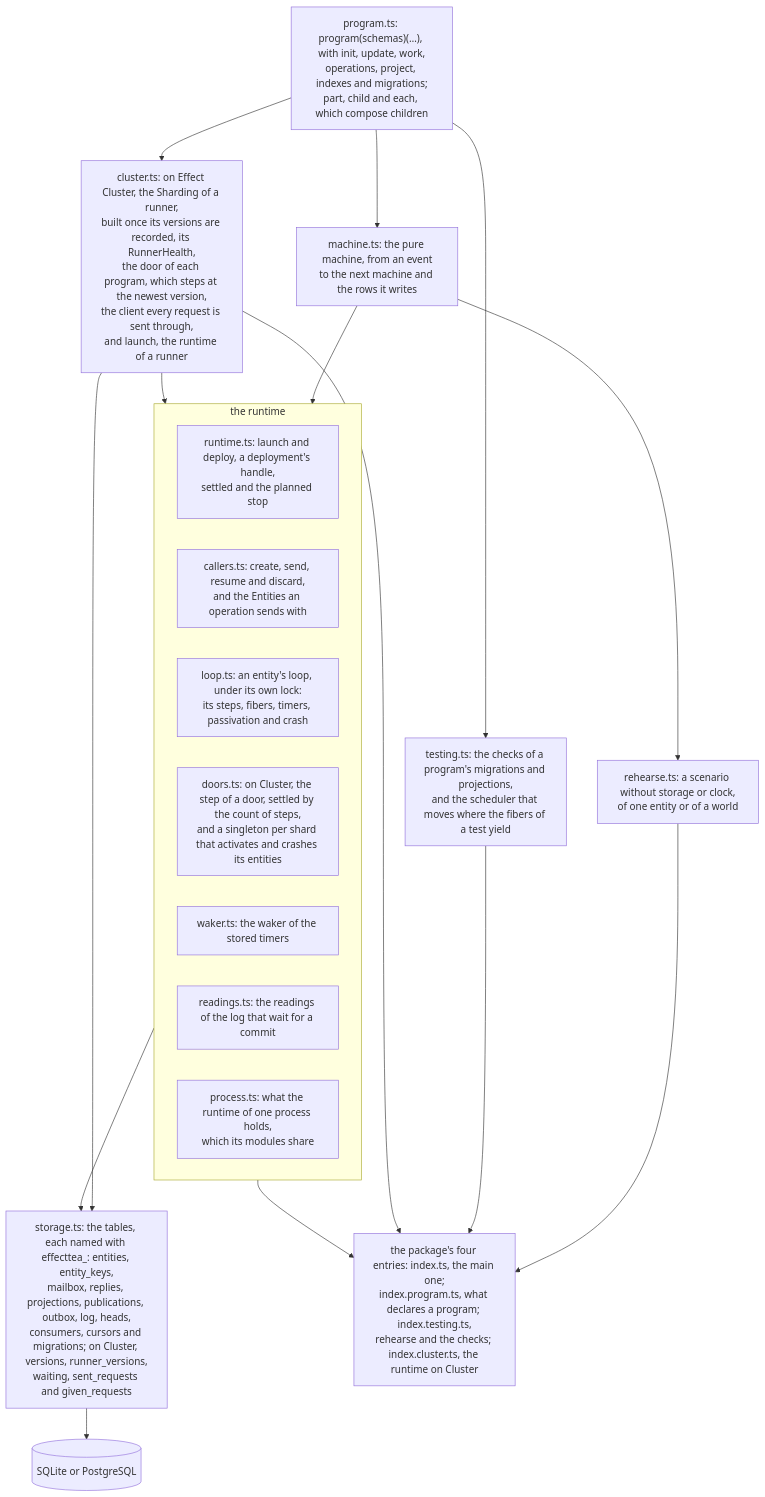
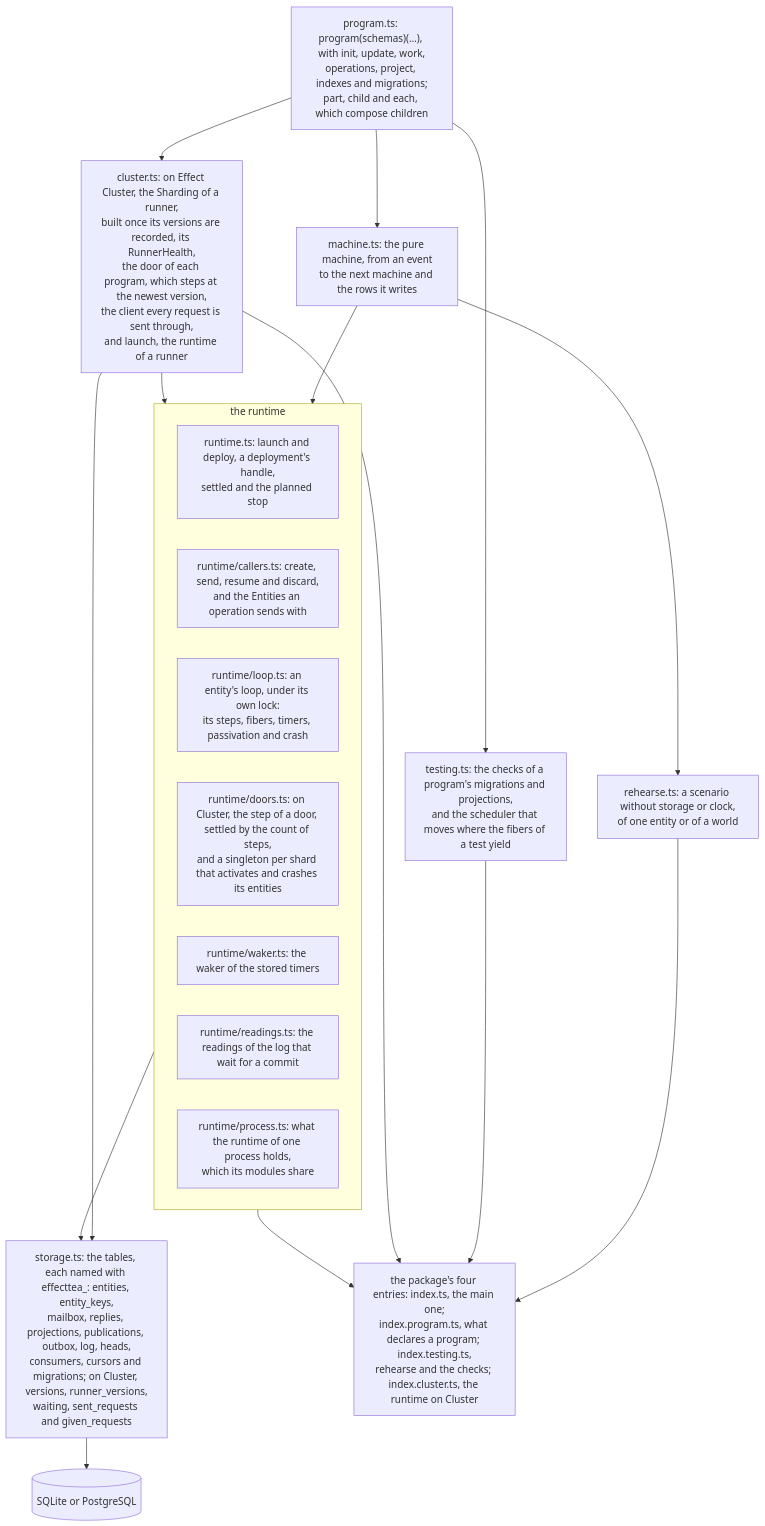
Before and after one commit to fgaudo/effect-tea-durable: the diagram in CONTRIBUTING.md, drawn with Mermaid. The commit also changed other lines of this file and 17 other files, not shown here.

Commit message:
runtime: move the runtime's modules into src/runtime/

````diff
--- a/CONTRIBUTING.md
+++ b/CONTRIBUTING.md
@@ -74,34 +75,34 @@
 ```mermaid
 flowchart TB
   program["program.ts: program(schemas)(…), with init, update, work,<br/>operations, project, indexes and migrations;<br/>part, child and each, which compose children"]
   machine["machine.ts: the pure machine, from an event<br/>to the next machine and the rows it writes"]
   rehearse["rehearse.ts: a scenario without storage or clock,<br/>of one entity or of a world"]
   testing["testing.ts: the checks of a program's migrations and projections,<br/>and the scheduler that moves where the fibers of a test yield"]
   subgraph runtime["the runtime"]
     launch["runtime.ts: launch and deploy, a deployment's handle,<br/>settled and the planned stop"]
-    callers["callers.ts: create, send, resume and discard,<br/>and the Entities an operation sends with"]
-    loop["loop.ts: an entity's loop, under its own lock:<br/>its steps, fibers, timers, passivation and crash"]
-    doors["doors.ts: on Cluster, the step of a door, settled by the count of steps,<br/>and a singleton per shard that activates and crashes its entities"]
-    waker["waker.ts: the waker of the stored timers"]
-    readings["readings.ts: the readings of the log that wait for a commit"]
-    process["process.ts: what the runtime of one process holds,<br/>which its modules share"]
+    callers["runtime/callers.ts: create, send, resume and discard,<br/>and the Entities an operation sends with"]
+    loop["runtime/loop.ts: an entity's loop, under its own lock:<br/>its steps, fibers, timers, passivation and crash"]
+    doors["runtime/doors.ts: on Cluster, the step of a door, settled by the count of steps,<br/>and a singleton per shard that activates and crashes its entities"]
+    waker["runtime/waker.ts: the waker of the stored timers"]
+    readings["runtime/readings.ts: the readings of the log that wait for a commit"]
+    process["runtime/process.ts: what the runtime of one process holds,<br/>which its modules share"]
   end
   cluster["cluster.ts: on Effect Cluster, the Sharding of a runner,<br/>built once its versions are recorded, its RunnerHealth,<br/>the door of each program, which steps at the newest version,<br/>the client every request is sent through,<br/>and launch, the runtime of a runner"]
   storage["storage.ts: the tables, each named with effecttea_: entities, entity_keys,<br/>mailbox, replies, projections, publications, outbox, log, heads,<br/>consumers, cursors and migrations; on Cluster, versions, runner_versions,<br/>waiting, sent_requests and given_requests"]
   db[(SQLite or PostgreSQL)]
   entries["the package's four entries: index.ts, the main one;<br/>index.program.ts, what declares a program; index.testing.ts,<br/>rehearse and the checks; index.cluster.ts, the runtime on Cluster"]
 
   program --> machine
   machine --> rehearse
   program --> testing
   machine --> runtime
   program --> cluster
   runtime --> storage
   cluster --> runtime
   cluster --> storage
   storage --> db
   rehearse --> entries
   testing --> entries
   cluster --> entries
   runtime --> entries
 ```
````
